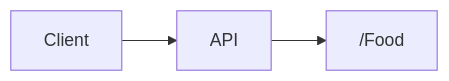
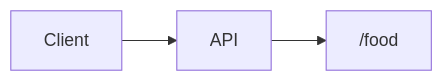
One commit to MyoungSoo7/cicd changed the diagram in README.md. Above: the diagram before and after it, drawn with Mermaid.

````diff
--- a/README.md
+++ b/README.md
@@ -19,4 +19,4 @@
 ```mermaid
 flowchart LR
-Client --> API --> /Food
+Client --> API --> /food
 ```
````
